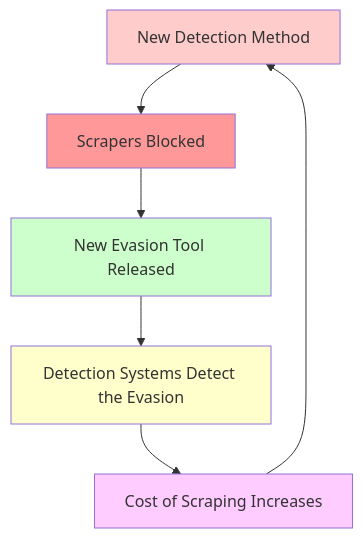
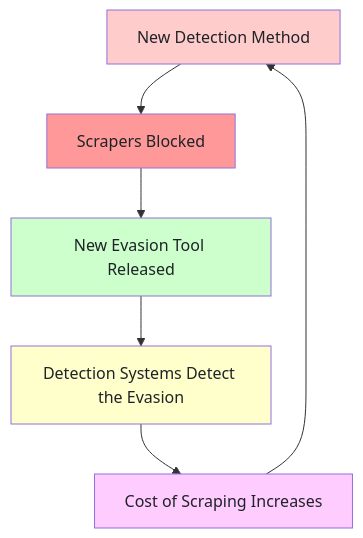
Before and after one commit to bytetunnels/bytetunnels.github.com: the fourth of 4 diagrams in _posts/2026-03-01-evolution-web-scraping-detection-methods-timeline.md, drawn with Mermaid. The commit also changed other lines of this file and 118 other files, not shown here.

Commit message:
feat: improve diagram styling and compact wide flowcharts

````diff
--- a/_posts/2026-03-01-evolution-web-scraping-detection-methods-timeline.md
+++ b/_posts/2026-03-01-evolution-web-scraping-detection-methods-timeline.md
@@ -555,14 +553,14 @@
 ```mermaid
 graph TD
     A[New Detection Method] --> B[Scrapers Blocked]
     B --> C[New Evasion Tool Released]
     C --> D[Detection Systems Detect the Evasion]
     D --> E[Cost of Scraping Increases]
     E --> A
 
-    style A fill:#ffcccc
-    style B fill:#ff9999
-    style C fill:#ccffcc
-    style D fill:#ffffcc
-    style E fill:#ffccff
+    style A fill:#ffcccc,color:#1f2328
+    style B fill:#ff9999,color:#1f2328
+    style C fill:#ccffcc,color:#1f2328
+    style D fill:#ffffcc,color:#1f2328
+    style E fill:#ffccff,color:#1f2328
 ```
````
